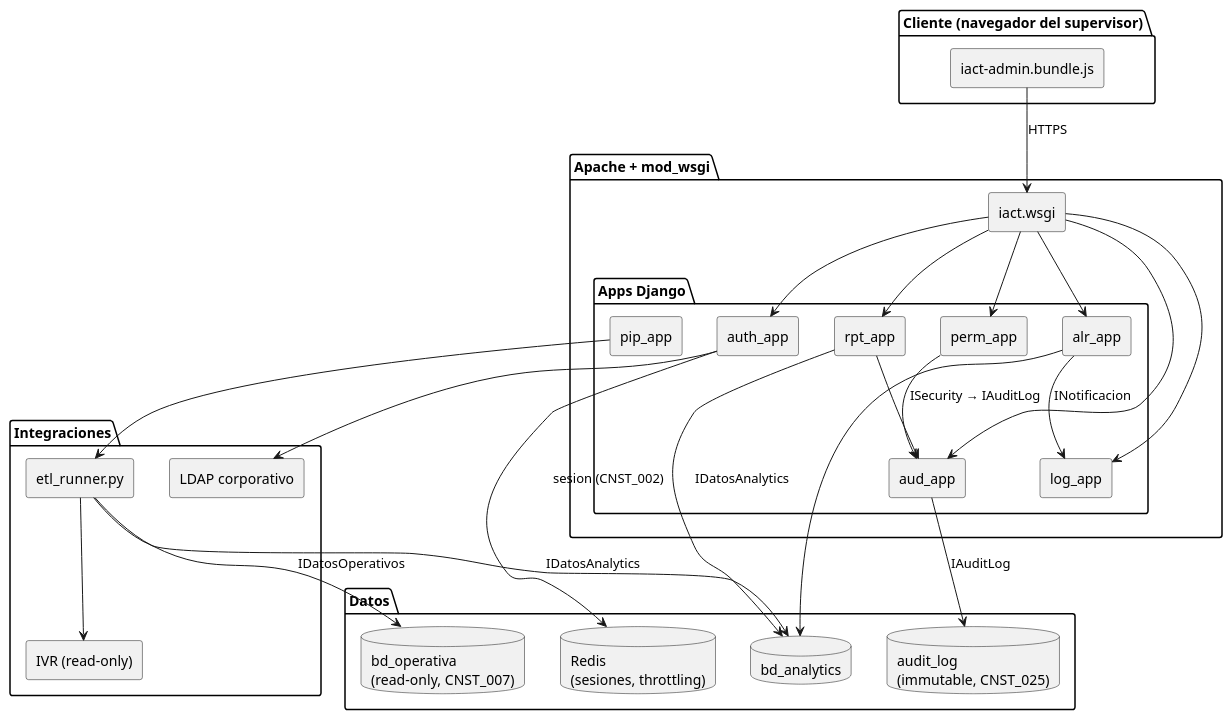
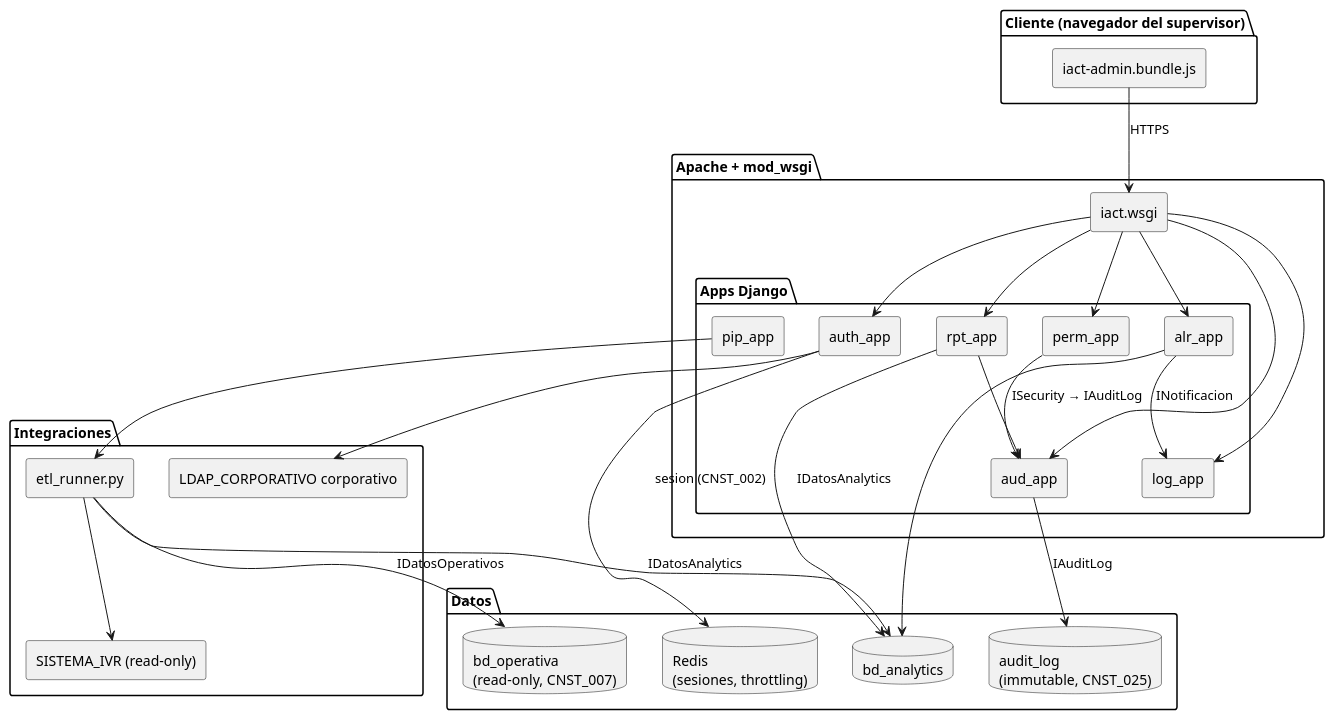
Before and after one commit to jcg-admin/IACT-docs: the diagram in source/requisitos/_metodologia-aplicacion/diagramas-componentes/vista-fisica-global-de-iact.rst, drawn with PlantUML. The commit also changed 99 other files, not shown here.

First line of the commit message:
Fix ABREV_CORTA aliases in PlantUML blocks (97 files)

```diff
--- a/source/requisitos/_metodologia-aplicacion/diagramas-componentes/vista-fisica-global-de-iact.rst
+++ b/source/requisitos/_metodologia-aplicacion/diagramas-componentes/vista-fisica-global-de-iact.rst
@@ -4,55 +4,55 @@
 .. uml::
 
    @startuml
    skinparam componentStyle rectangle
 
    package "Cliente (navegador del supervisor)" {
      [iact-admin.bundle.js] as IactAdminBundleJs
    }
 
    package "Apache + mod_wsgi" {
-     [iact.wsgi] as WSGI
+     [iact.wsgi] as SERVIDOR_WSGI
      package "Apps Django" {
        [auth_app]
        [perm_app]
        [rpt_app]
        [alr_app]
        [pip_app]
        [aud_app]
        [log_app]
      }
    }
 
    package "Datos" {
-     database "bd_operativa\n(read-only, CNST_007)" as BDO
-     database "bd_analytics" as BDA
-     database "audit_log\n(immutable, CNST_025)" as AUDIT
-     database "Redis\n(sesiones, throttling)" as REDIS
+     database "bd_operativa\n(read-only, CNST_007)" as BD_OPERATIVA
+     database "bd_analytics" as BD_ANALYTICS
+     database "audit_log\n(immutable, CNST_025)" as TABLA_AUDIT_LOG
+     database "Redis\n(sesiones, throttling)" as CACHE_REDIS
    }
 
    package "Integraciones" {
-     [LDAP corporativo] as LDAP
-     [IVR (read-only)] as IVR
-     [etl_runner.py] as ETL
+     [LDAP_CORPORATIVO corporativo] as LDAP_CORPORATIVO
+     [SISTEMA_IVR (read-only)] as SISTEMA_IVR
+     [etl_runner.py] as SERVICIO_ETL
    }
 
-   IactAdminBundleJs --> WSGI : HTTPS
-   WSGI --> auth_app
-   WSGI --> perm_app
-   WSGI --> rpt_app
-   WSGI --> alr_app
-   WSGI --> aud_app
-   WSGI --> log_app
-   auth_app --> LDAP
-   auth_app --> REDIS : sesion (CNST_002)
+   IactAdminBundleJs --> SERVIDOR_WSGI : HTTPS
+   SERVIDOR_WSGI --> auth_app
+   SERVIDOR_WSGI --> perm_app
+   SERVIDOR_WSGI --> rpt_app
+   SERVIDOR_WSGI --> alr_app
+   SERVIDOR_WSGI --> aud_app
+   SERVIDOR_WSGI --> log_app
+   auth_app --> LDAP_CORPORATIVO
+   auth_app --> CACHE_REDIS : sesion (CNST_002)
    perm_app --> aud_app : ISecurity → IAuditLog
-   rpt_app --> BDA : IDatosAnalytics
+   rpt_app --> BD_ANALYTICS : IDatosAnalytics
    rpt_app --> aud_app
-   alr_app --> BDA
+   alr_app --> BD_ANALYTICS
    alr_app --> log_app : INotificacion
-   pip_app --> ETL
-   ETL --> BDO : IDatosOperativos
-   ETL --> IVR
-   ETL --> BDA : IDatosAnalytics
-   aud_app --> AUDIT : IAuditLog
+   pip_app --> SERVICIO_ETL
+   SERVICIO_ETL --> BD_OPERATIVA : IDatosOperativos
+   SERVICIO_ETL --> SISTEMA_IVR
+   SERVICIO_ETL --> BD_ANALYTICS : IDatosAnalytics
+   aud_app --> TABLA_AUDIT_LOG : IAuditLog
    @enduml
```
